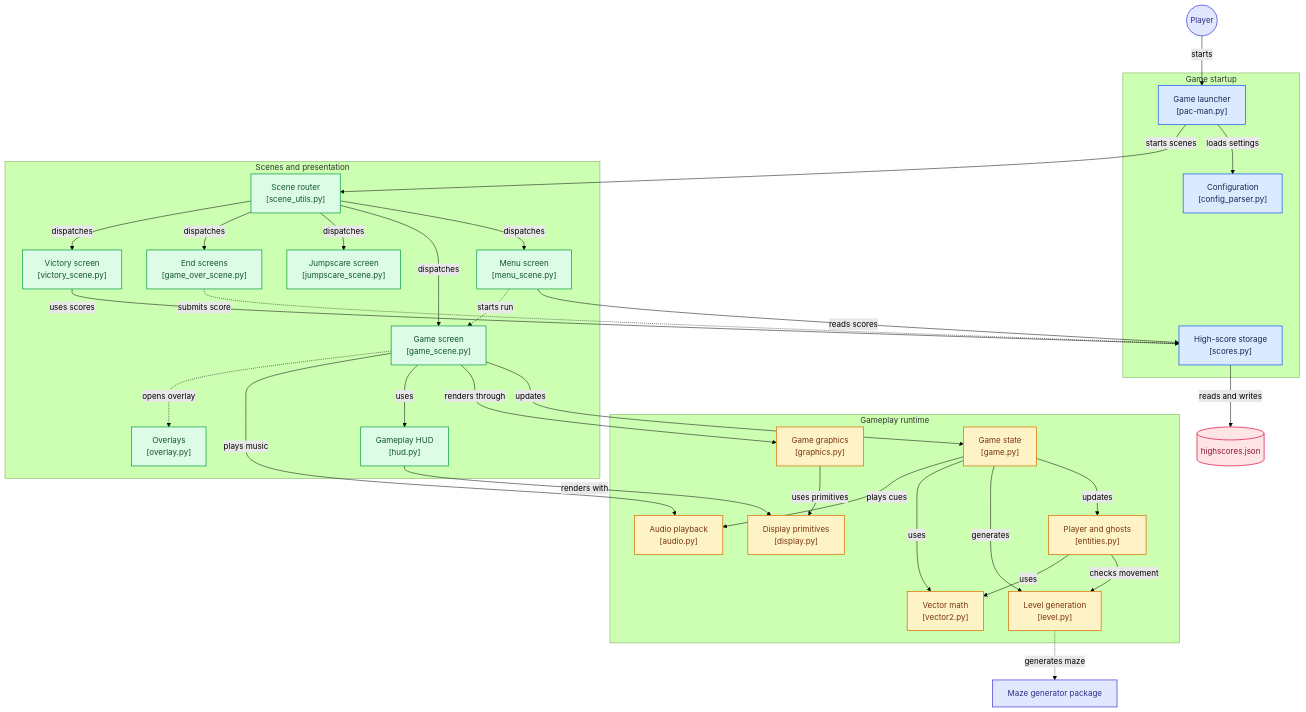
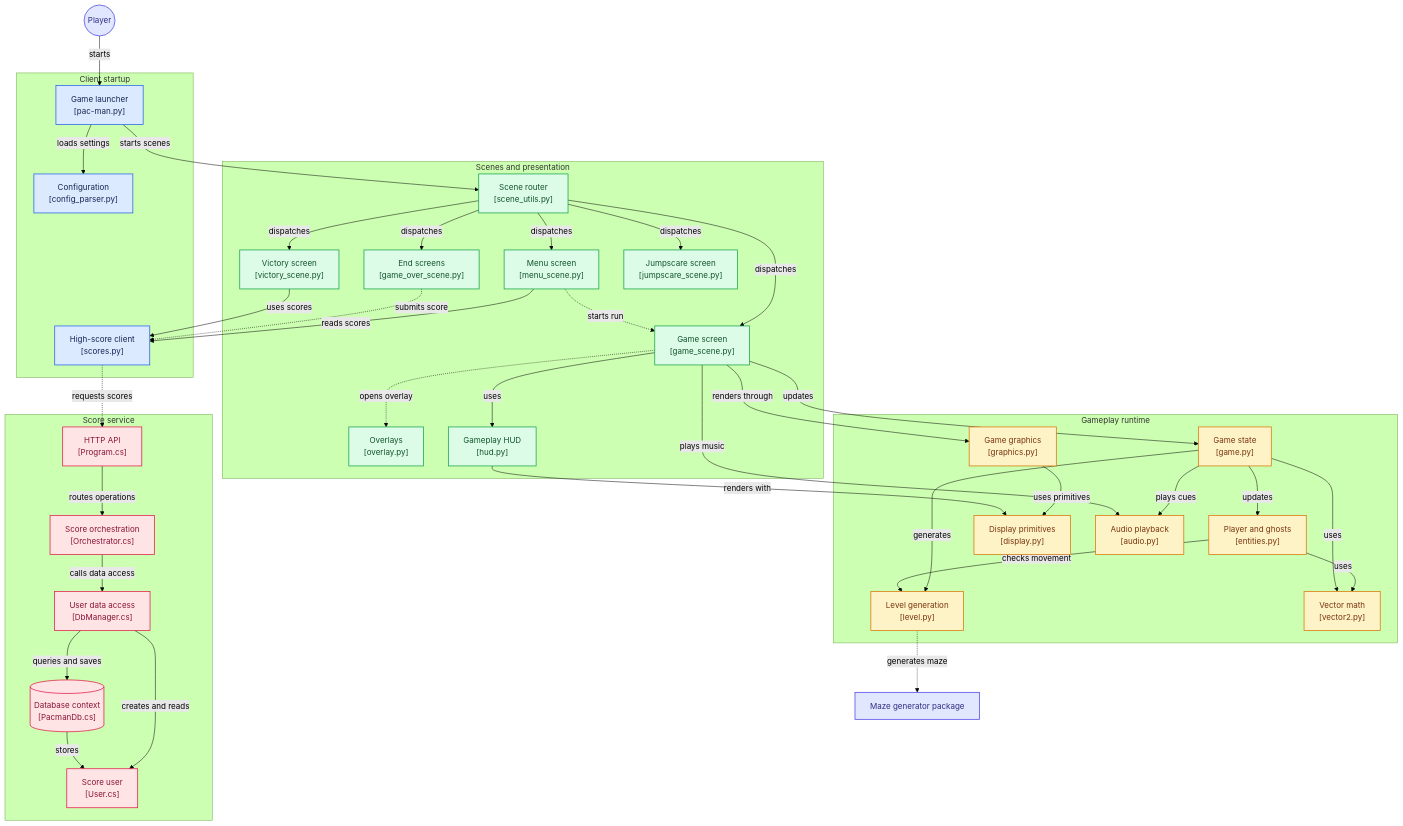
The diagram in README.md (vinsongqj/42_Pac-Man), drawn with Mermaid (forest theme) before and after one commit.

Commit message:
altered mermaid diagram to suit new structure

````diff
--- a/README.md
+++ b/README.md
@@ -121,10 +121,10 @@
 %% Generated by https://gitdiagram.com/vinsongqj/42_pac-man
 flowchart TD
 
-subgraph group_client_entry["Game startup"]
+subgraph group_client_entry["Client startup"]
   node_launcher["Game launcher<br/>[pac-man.py]"]
   node_config["Configuration<br/>[config_parser.py]"]
-  node_scores["High-score storage<br/>[scores.py]"]
+  node_scores["High-score client<br/>[scores.py]"]
 end
 
 subgraph group_gameplay["Gameplay runtime"]
@@ -148,9 +148,16 @@
   node_hud["Gameplay HUD<br/>[hud.py]"]
 end
 
+subgraph group_score_api["Score service"]
+  node_api["HTTP API<br/>[Program.cs]"]
+  node_orchestrator["Score orchestration<br/>[Orchestrator.cs]"]
+  node_db_manager["User data access<br/>[DbManager.cs]"]
+  node_db_context[("Database context<br/>[PacmanDb.cs]")]
+  node_user["Score user<br/>[User.cs]"]
+end
+
 node_player(("Player"))
 node_maze_package["Maze generator package"]
-node_json[("highscores.json")]
 
 node_player -->|"starts"| node_launcher
 node_launcher -->|"loads settings"| node_config
@@ -178,26 +185,36 @@
 node_game_scene -.->|"opens overlay"| node_overlays
 node_end_screens -.->|"submits score"| node_scores
 node_victory -->|"uses scores"| node_scores
-node_scores -->|"reads and writes"| node_json
+node_scores -.->|"requests scores"| node_api
+node_api -->|"routes operations"| node_orchestrator
+node_orchestrator -->|"calls data access"| node_db_manager
+node_db_manager -->|"queries and saves"| node_db_context
+node_db_manager -->|"creates and reads"| node_user
+node_db_context -->|"stores"| node_user
 
 click node_launcher "https://github.com/vinsongqj/42_pac-man/blob/main/pac-man.py"
-click node_config "https://github.com/vinsongqj/42_pac-man/blob/main/src/config_parser.py"
-click node_scene_router "https://github.com/vinsongqj/42_pac-man/blob/main/src/scenes/scene_utils.py"
-click node_menu "https://github.com/vinsongqj/42_pac-man/blob/main/src/scenes/menu_scene.py"
-click node_game_scene "https://github.com/vinsongqj/42_pac-man/blob/main/src/scenes/game_scene.py"
-click node_overlays "https://github.com/vinsongqj/42_pac-man/blob/main/src/scenes/overlay.py"
-click node_end_screens "https://github.com/vinsongqj/42_pac-man/blob/main/src/scenes/game_over_scene.py"
-click node_victory "https://github.com/vinsongqj/42_pac-man/blob/main/src/scenes/victory_scene.py"
-click node_jumpscare "https://github.com/vinsongqj/42_pac-man/blob/main/src/scenes/jumpscare_scene.py"
-click node_hud "https://github.com/vinsongqj/42_pac-man/blob/main/src/scenes/hud.py"
-click node_game_state "https://github.com/vinsongqj/42_pac-man/blob/main/src/game.py"
-click node_actors "https://github.com/vinsongqj/42_pac-man/blob/main/src/entities.py"
-click node_level "https://github.com/vinsongqj/42_pac-man/blob/main/src/level.py"
-click node_vectors "https://github.com/vinsongqj/42_pac-man/blob/main/src/vector2.py"
-click node_graphics "https://github.com/vinsongqj/42_pac-man/blob/main/src/graphics.py"
-click node_display "https://github.com/vinsongqj/42_pac-man/blob/main/src/display.py"
-click node_audio "https://github.com/vinsongqj/42_pac-man/blob/main/src/audio.py"
-click node_scores "https://github.com/vinsongqj/42_pac-man/blob/main/src/scores.py"
+click node_config "https://github.com/vinsongqj/42_pac-man/blob/main/src/client/config_parser.py"
+click node_scene_router "https://github.com/vinsongqj/42_pac-man/blob/main/src/client/scenes/scene_utils.py"
+click node_menu "https://github.com/vinsongqj/42_pac-man/blob/main/src/client/scenes/menu_scene.py"
+click node_game_scene "https://github.com/vinsongqj/42_pac-man/blob/main/src/client/scenes/game_scene.py"
+click node_overlays "https://github.com/vinsongqj/42_pac-man/blob/main/src/client/scenes/overlay.py"
+click node_end_screens "https://github.com/vinsongqj/42_pac-man/blob/main/src/client/scenes/game_over_scene.py"
+click node_victory "https://github.com/vinsongqj/42_pac-man/blob/main/src/client/scenes/victory_scene.py"
+click node_jumpscare "https://github.com/vinsongqj/42_pac-man/blob/main/src/client/scenes/jumpscare_scene.py"
+click node_hud "https://github.com/vinsongqj/42_pac-man/blob/main/src/client/scenes/hud.py"
+click node_game_state "https://github.com/vinsongqj/42_pac-man/blob/main/src/client/game.py"
+click node_actors "https://github.com/vinsongqj/42_pac-man/blob/main/src/client/entities.py"
+click node_level "https://github.com/vinsongqj/42_pac-man/blob/main/src/client/level.py"
+click node_vectors "https://github.com/vinsongqj/42_pac-man/blob/main/src/client/vector2.py"
+click node_graphics "https://github.com/vinsongqj/42_pac-man/blob/main/src/client/graphics.py"
+click node_display "https://github.com/vinsongqj/42_pac-man/blob/main/src/client/display.py"
+click node_audio "https://github.com/vinsongqj/42_pac-man/blob/main/src/client/audio.py"
+click node_scores "https://github.com/vinsongqj/42_pac-man/blob/main/src/client/scores.py"
+click node_api "https://github.com/vinsongqj/42_pac-man/blob/main/src/server/Pacman.Server.Api/Program.cs"
+click node_orchestrator "https://github.com/vinsongqj/42_pac-man/blob/main/src/server/Pacman.Server.Core/Orchestrator.cs"
+click node_db_manager "https://github.com/vinsongqj/42_pac-man/blob/main/src/server/Pacman.Server.Data/DbManager.cs"
+click node_db_context "https://github.com/vinsongqj/42_pac-man/blob/main/src/server/Pacman.Server.Data/PacmanDb.cs"
+click node_user "https://github.com/vinsongqj/42_pac-man/blob/main/src/server/Pacman.Server.Data/Entities/User.cs"
 
 classDef toneNeutral fill:#f8fafc,stroke:#334155,stroke-width:1.5px,color:#0f172a
 classDef toneBlue fill:#dbeafe,stroke:#2563eb,stroke-width:1.5px,color:#172554
@@ -209,6 +226,6 @@
 class node_launcher,node_config,node_scores toneBlue
 class node_game_state,node_actors,node_level,node_vectors,node_graphics,node_display,node_audio toneAmber
 class node_scene_router,node_menu,node_game_scene,node_overlays,node_end_screens,node_victory,node_jumpscare,node_hud toneMint
-class node_json toneRose
+class node_api,node_orchestrator,node_db_manager,node_db_context,node_user toneRose
 class node_player,node_maze_package toneIndigo
 ```
````
